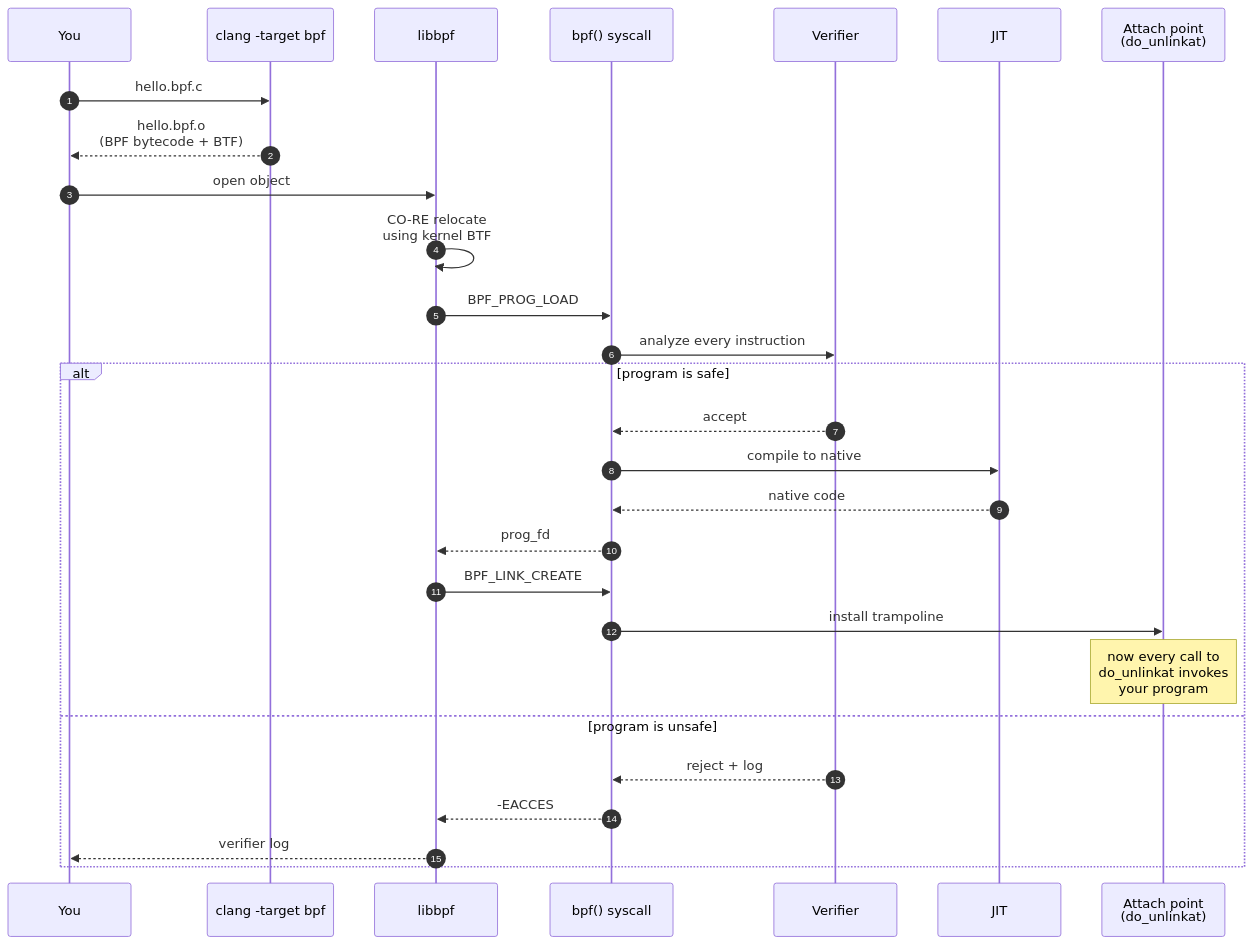
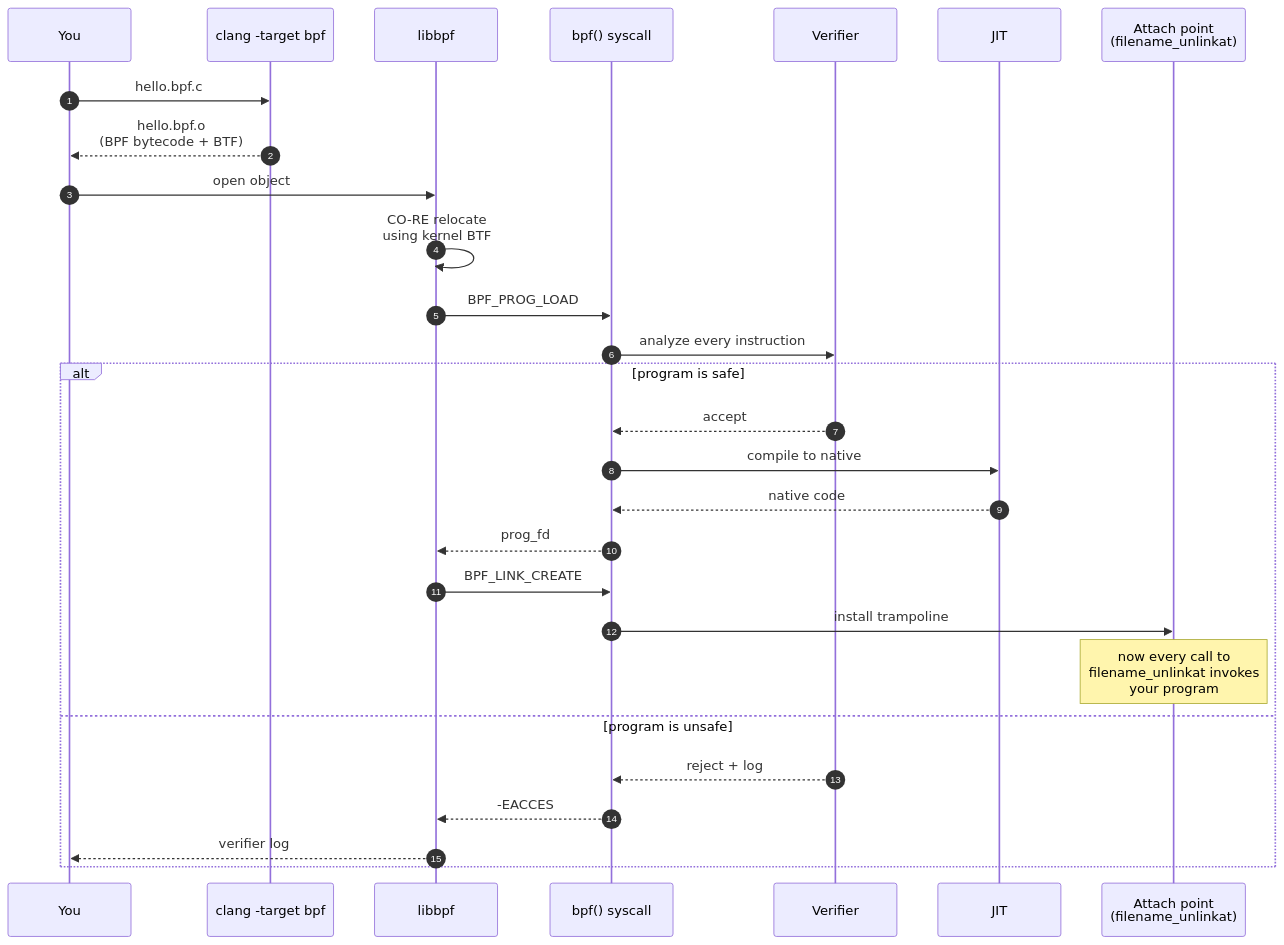
Before and after one commit to biefy/books: the diagram in ebpf/src/diagrams/src/day01_lifecycle.mmd, drawn with Mermaid. The commit also changed 29 other files, not shown here.

```diff
--- a/ebpf/src/diagrams/src/day01_lifecycle.mmd
+++ b/ebpf/src/diagrams/src/day01_lifecycle.mmd
@@ -1,29 +1,29 @@
 sequenceDiagram
     autonumber
     participant DEV as You
     participant CC as clang -target bpf
     participant LB as libbpf
     participant SC as bpf() syscall
     participant VER as Verifier
     participant JIT as JIT
-    participant ATT as Attach point<br/>(do_unlinkat)
+    participant ATT as Attach point<br/>(filename_unlinkat)
 
     DEV->>CC: hello.bpf.c
     CC-->>DEV: hello.bpf.o<br/>(BPF bytecode + BTF)
     DEV->>LB: open object
     LB->>LB: CO-RE relocate<br/>using kernel BTF
     LB->>SC: BPF_PROG_LOAD
     SC->>VER: analyze every instruction
     alt program is safe
         VER-->>SC: accept
         SC->>JIT: compile to native
         JIT-->>SC: native code
         SC-->>LB: prog_fd
         LB->>SC: BPF_LINK_CREATE
         SC->>ATT: install trampoline
-        Note over ATT: now every call to<br/>do_unlinkat invokes<br/>your program
+        Note over ATT: now every call to<br/>filename_unlinkat invokes<br/>your program
     else program is unsafe
         VER-->>SC: reject + log
         SC-->>LB: -EACCES
         LB-->>DEV: verifier log
     end
```
